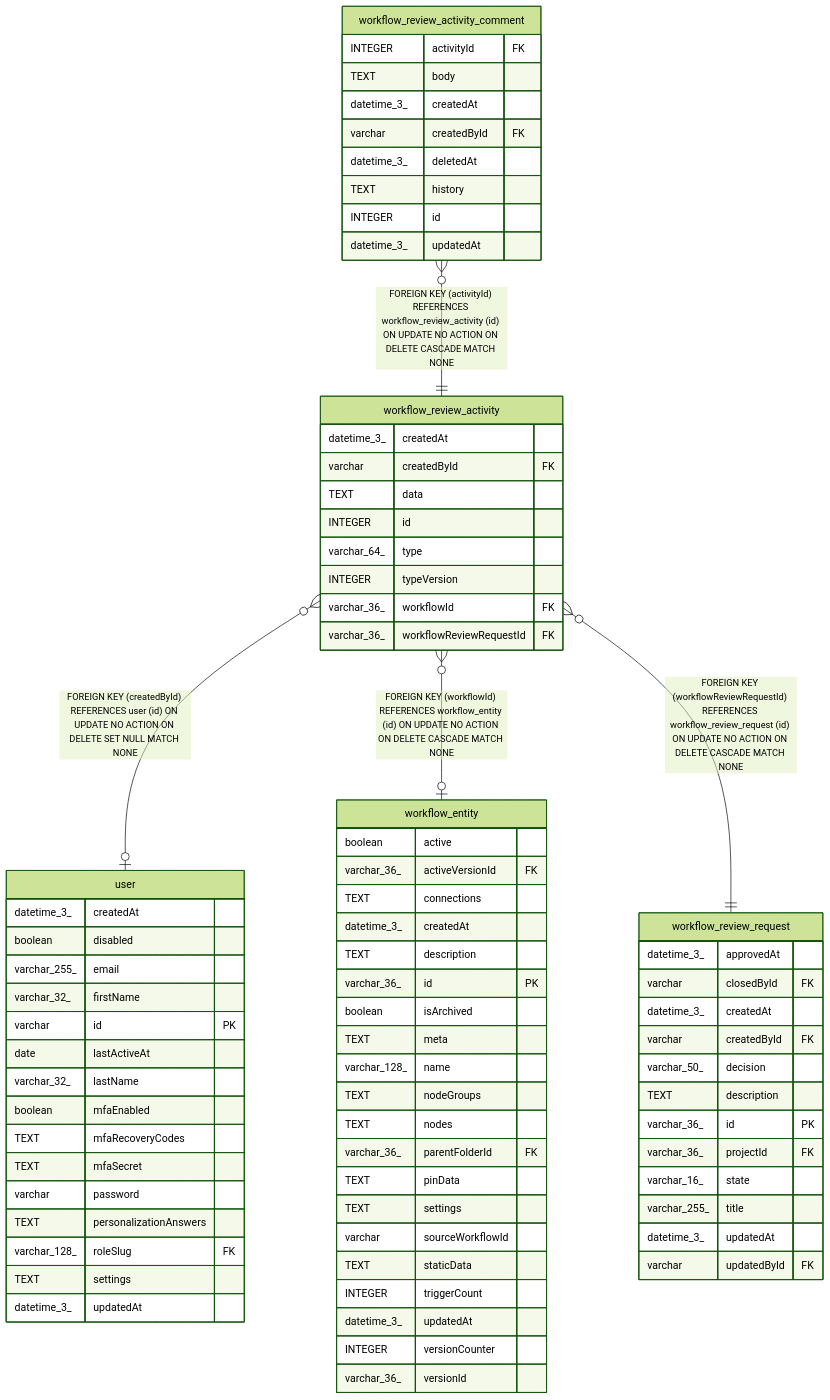
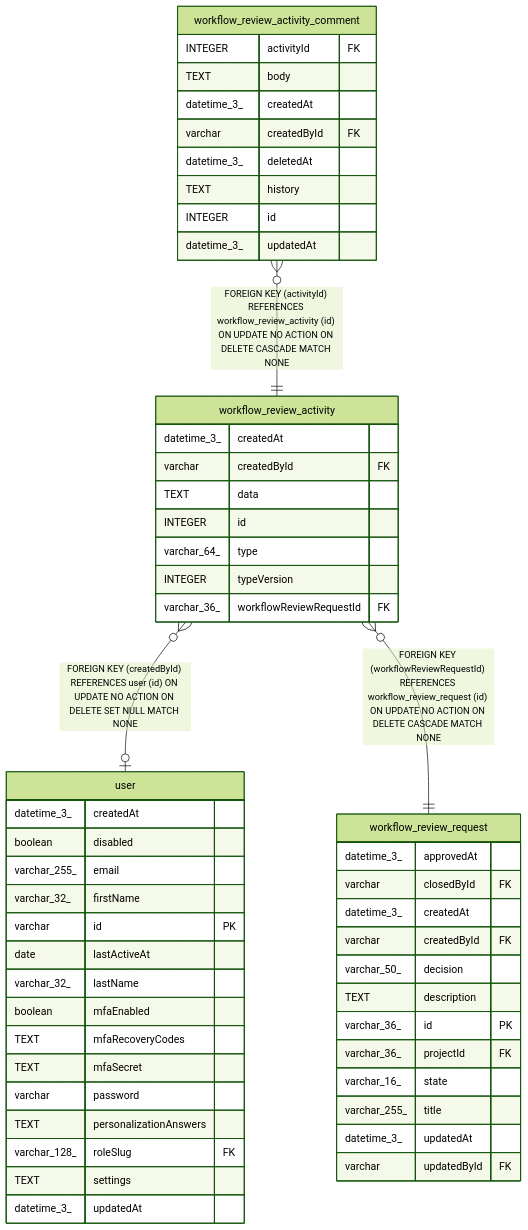
Before and after one commit to welcomelwd/every-skill: the diagram in mcp/servers/n8n/docs/generated/sqlite-schema/workflow_review_activity.md, drawn with Mermaid (forest theme). The commit also changed other lines of this file and 5604 other files, not shown here.

````diff
--- a/mcp/servers/n8n/docs/generated/sqlite-schema/workflow_review_activity.md
+++ b/mcp/servers/n8n/docs/generated/sqlite-schema/workflow_review_activity.md
@@ -45,82 +42,58 @@
 ```mermaid
 erDiagram
 
 "workflow_review_activity" }o--o| "user" : "FOREIGN KEY (createdById) REFERENCES user (id) ON UPDATE NO ACTION ON DELETE SET NULL MATCH NONE"
 "workflow_review_activity_comment" }o--|| "workflow_review_activity" : "FOREIGN KEY (activityId) REFERENCES workflow_review_activity (id) ON UPDATE NO ACTION ON DELETE CASCADE MATCH NONE"
-"workflow_review_activity" }o--o| "workflow_entity" : "FOREIGN KEY (workflowId) REFERENCES workflow_entity (id) ON UPDATE NO ACTION ON DELETE CASCADE MATCH NONE"
 "workflow_review_activity" }o--|| "workflow_review_request" : "FOREIGN KEY (workflowReviewRequestId) REFERENCES workflow_review_request (id) ON UPDATE NO ACTION ON DELETE CASCADE MATCH NONE"
 
 "workflow_review_activity" {
   datetime_3_ createdAt
   varchar createdById FK
   TEXT data
   INTEGER id
   varchar_64_ type
   INTEGER typeVersion
-  varchar_36_ workflowId FK
   varchar_36_ workflowReviewRequestId FK
 }
 "user" {
   datetime_3_ createdAt
   boolean disabled
   varchar_255_ email
   varchar_32_ firstName
   varchar id PK
   date lastActiveAt
   varchar_32_ lastName
   boolean mfaEnabled
   TEXT mfaRecoveryCodes
   TEXT mfaSecret
   varchar password
   TEXT personalizationAnswers
   varchar_128_ roleSlug FK
   TEXT settings
   datetime_3_ updatedAt
 }
 "workflow_review_activity_comment" {
   INTEGER activityId FK
   TEXT body
   datetime_3_ createdAt
   varchar createdById FK
   datetime_3_ deletedAt
   TEXT history
   INTEGER id
   datetime_3_ updatedAt
 }
-"workflow_entity" {
-  boolean active
-  varchar_36_ activeVersionId FK
-  TEXT connections
-  datetime_3_ createdAt
-  TEXT description
-  varchar_36_ id PK
-  boolean isArchived
-  TEXT meta
-  varchar_128_ name
-  TEXT nodeGroups
-  TEXT nodes
-  varchar_36_ parentFolderId FK
-  TEXT pinData
-  TEXT settings
-  varchar sourceWorkflowId
-  TEXT staticData
-  INTEGER triggerCount
-  datetime_3_ updatedAt
-  INTEGER versionCounter
-  varchar_36_ versionId
-}
 "workflow_review_request" {
   datetime_3_ approvedAt
   varchar closedById FK
   datetime_3_ createdAt
   varchar createdById FK
   varchar_50_ decision
   TEXT description
   varchar_36_ id PK
   varchar_36_ projectId FK
   varchar_16_ state
   varchar_255_ title
   datetime_3_ updatedAt
   varchar updatedById FK
 }
 ```
````
